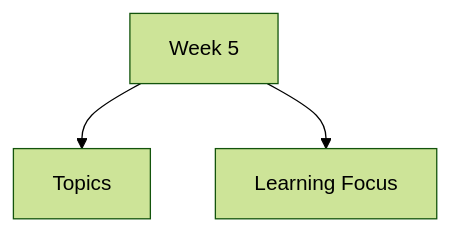
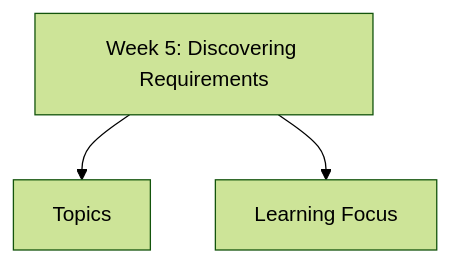
Before and after one commit to abdulahshoaib/ahci: the diagram in content/docs/week-5/_index.md, drawn with Mermaid (forest theme). The commit also changed other lines of this file and 10 other files, not shown here.

````diff
--- a/content/docs/week-5/_index.md
+++ b/content/docs/week-5/_index.md
@@ -11,6 +12,6 @@
 ```mermaid
 flowchart TD
-    T["Week 5"]
+    T["Week 5: Discovering Requirements"]
     T --> S1["Topics"]
     T --> S2["Learning Focus"]
 ```
````
